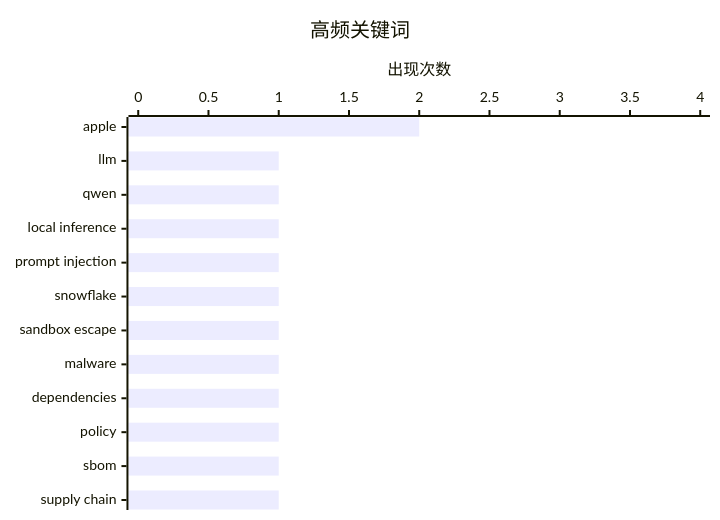
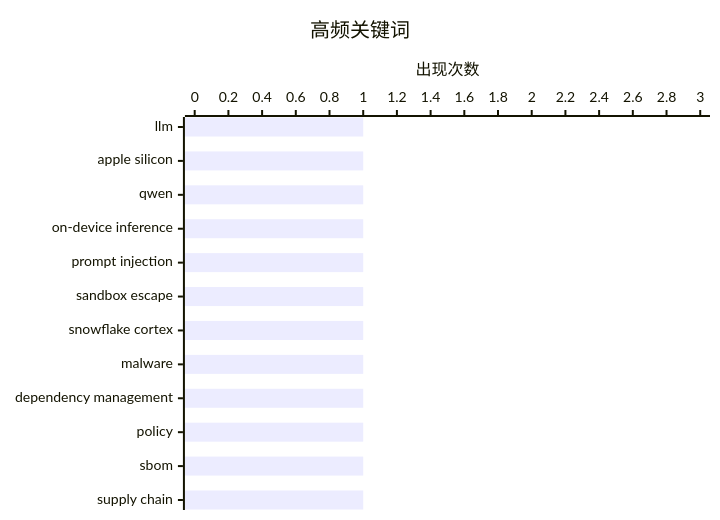
Before and after one commit to originem0/SZBlog: the second of 2 diagrams in content/ai-daily/2026-03-19.md, drawn with Mermaid. The commit also changed other lines of this file, not shown here.

````diff
--- a/content/ai-daily/2026-03-19.md
+++ b/content/ai-daily/2026-03-19.md
@@ -69,7 +59,7 @@
 ```mermaid
 xychart-beta horizontal
     title "高频关键词"
-    x-axis ["apple", "llm", "qwen", "local inference", "prompt injection", "snowflake", "sandbox escape", "malware", "dependencies", "policy", "sbom", "supply chain"]
-    y-axis "出现次数" 0 --> 4
-    bar [2, 1, 1, 1, 1, 1, 1, 1, 1, 1, 1, 1]
+    x-axis ["llm", "apple silicon", "qwen", "on-device inference", "prompt injection", "sandbox escape", "snowflake cortex", "malware", "dependency management", "policy", "sbom", "supply chain"]
+    y-axis "出现次数" 0 --> 3
+    bar [1, 1, 1, 1, 1, 1, 1, 1, 1, 1, 1, 1]
 ```
````
